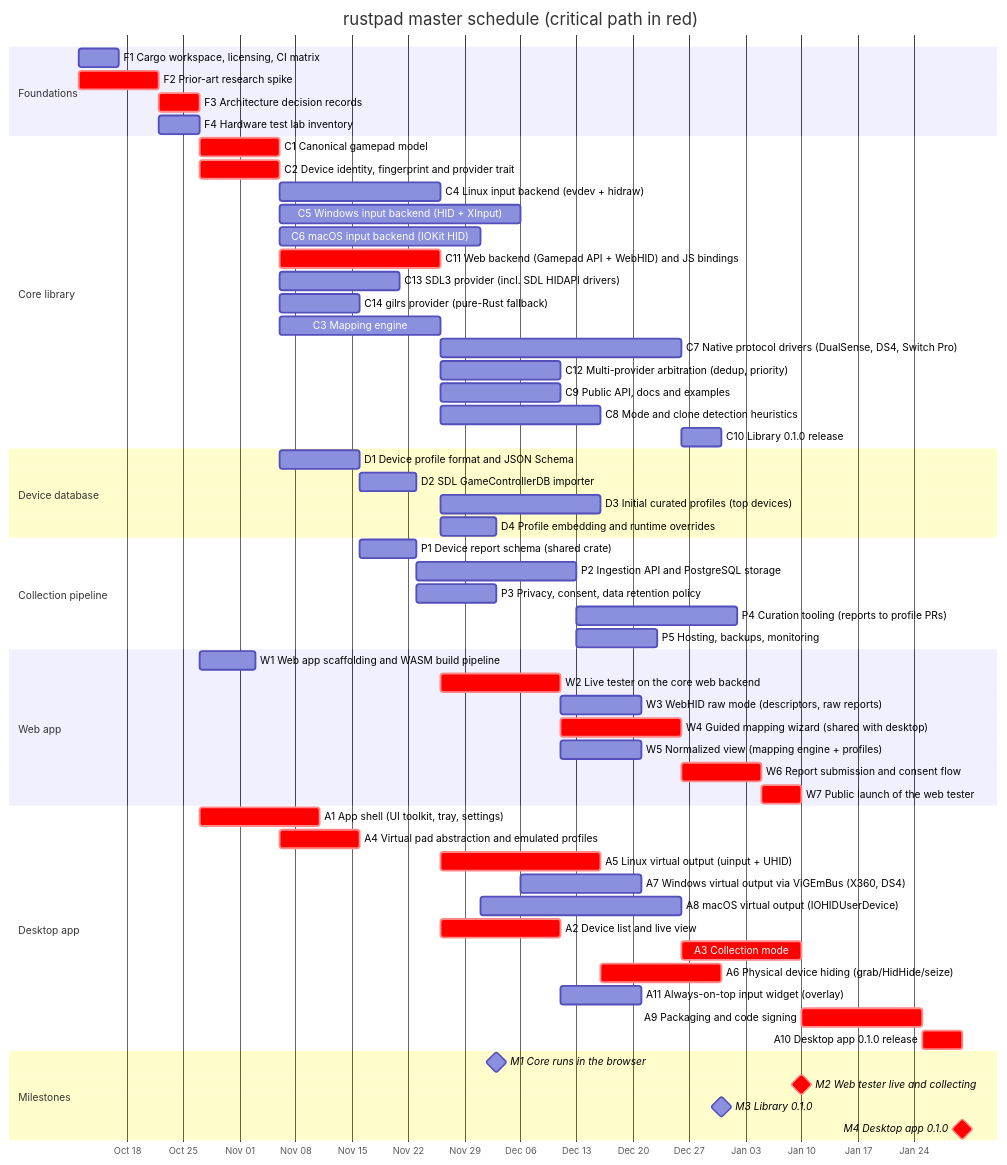
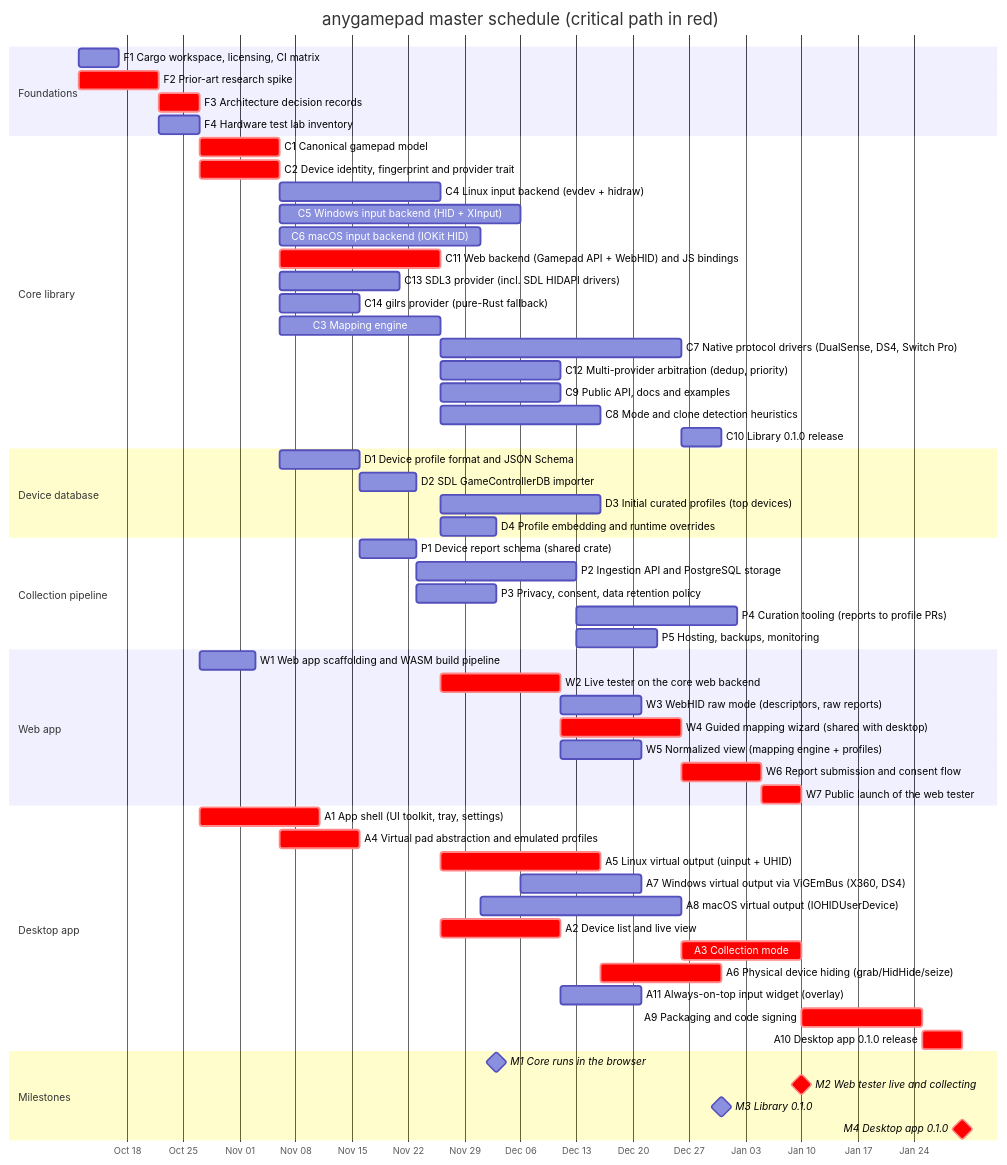
The second of 3 diagrams in ROADMAP/2026-10-10/README.md (anygamepad/anygamepad.github.io), drawn with Mermaid before and after one commit. The commit also changed other lines of this file and 59 other files, not shown here.

First line of the commit message:
F1, F2, F3: Workspace, research, and architecture decisions (#2)

````diff
--- a/ROADMAP/2026-10-10/README.md
+++ b/ROADMAP/2026-10-10/README.md
@@ -102,62 +102,62 @@
 ```mermaid
 gantt
     dateFormat YYYY-MM-DD
     axisFormat %b %d
-    title rustpad master schedule (critical path in red)
+    title anygamepad master schedule (critical path in red)
     section Foundations
     F1 Cargo workspace, licensing, CI matrix :f1, 2026-10-12, 5d
     F2 Prior-art research spike :crit, f2, 2026-10-12, 10d
     F3 Architecture decision records :crit, f3, after f2, 5d
     F4 Hardware test lab inventory :f4, after f2, 5d
     section Core library
     C1 Canonical gamepad model :crit, c1, after f1 f3, 10d
     C2 Device identity, fingerprint and provider trait :crit, c2, after f3, 10d
     C4 Linux input backend (evdev + hidraw) :c4, after c1 c2, 20d
     C5 Windows input backend (HID + XInput) :c5, after c1 c2, 30d
     C6 macOS input backend (IOKit HID) :c6, after c1 c2, 25d
     C11 Web backend (Gamepad API + WebHID) and JS bindings :crit, c11, after c1 c2, 20d
     C13 SDL3 provider (incl. SDL HIDAPI drivers) :c13, after c1 c2, 15d
     C14 gilrs provider (pure-Rust fallback) :c14, after c1 c2, 10d
     C3 Mapping engine :c3, after c1 d1, 20d
     C7 Native protocol drivers (DualSense, DS4, Switch Pro) :c7, after c4, 30d
     C12 Multi-provider arbitration (dedup, priority) :c12, after c4 c13, 15d
     C9 Public API, docs and examples :c9, after c3, 15d
     C8 Mode and clone detection heuristics :c8, after c3 c4 d3, 20d
     C10 Library 0.1.0 release :c10, after c5 c6 c7 c8 c9 c11 c12 c14 d4, 5d
     section Device database
     D1 Device profile format and JSON Schema :d1, after c2, 10d
     D2 SDL GameControllerDB importer :d2, after d1, 7d
     D3 Initial curated profiles (top devices) :d3, after d1 c4 f4, 20d
     D4 Profile embedding and runtime overrides :d4, after d1 c3, 7d
     section Collection pipeline
     P1 Device report schema (shared crate) :p1, after c2 d1, 7d
     P2 Ingestion API and PostgreSQL storage :p2, after p1, 20d
     P3 Privacy, consent, data retention policy :p3, after p1, 10d
     P4 Curation tooling (reports to profile PRs) :p4, after p2 d1, 20d
     P5 Hosting, backups, monitoring :p5, after p2, 10d
     section Web app
     W1 Web app scaffolding and WASM build pipeline :w1, after f1 f3, 7d
     W2 Live tester on the core web backend :crit, w2, after w1 c11, 15d
     W3 WebHID raw mode (descriptors, raw reports) :w3, after w2, 10d
     W4 Guided mapping wizard (shared with desktop) :crit, w4, after w2, 15d
     W5 Normalized view (mapping engine + profiles) :w5, after w2 c3 d2 d4, 10d
     W6 Report submission and consent flow :crit, w6, after w4 p1 p2 p3, 10d
     W7 Public launch of the web tester :crit, w7, after w5 w6 p5, 5d
     section Desktop app
     A1 App shell (UI toolkit, tray, settings) :crit, a1, after f3 m2, 15d
     A4 Virtual pad abstraction and emulated profiles :crit, a4, after c1 m2, 10d
     A5 Linux virtual output (uinput + UHID) :crit, a5, after a4 c4, 20d
     A7 Windows virtual output via ViGEmBus (X360, DS4) :a7, after a4 c5, 15d
     A8 macOS virtual output (IOHIDUserDevice) :a8, after a4 c6, 25d
     A2 Device list and live view :crit, a2, after a1 c4, 15d
     A3 Collection mode :crit, a3, after a2 w4 p2 p3, 15d
     A6 Physical device hiding (grab/HidHide/seize) :crit, a6, after a5 c5 c6, 15d
     A11 Always-on-top input widget (overlay) :a11, after a2, 10d
     A9 Packaging and code signing :crit, a9, after a3 a6 a7 a8 a11, 15d
     A10 Desktop app 0.1.0 release :crit, a10, after a9 c10, 5d
     section Milestones
     M1 Core runs in the browser :milestone, m1, after c3 c11 d4, 0d
     M2 Web tester live and collecting :milestone, crit, m2, after w7, 0d
     M3 Library 0.1.0 :milestone, m3, after c10, 0d
     M4 Desktop app 0.1.0 :milestone, crit, m4, after a10, 0d
 ```
````
